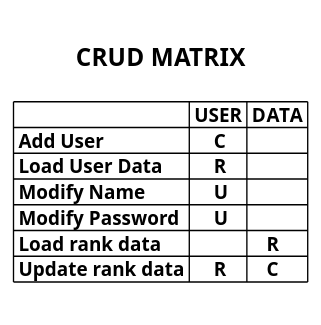
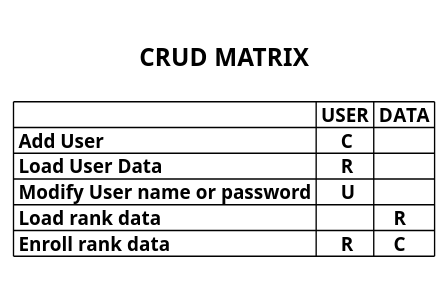
The diagram in documents/crud_matrix.puml (GC211MP/API), drawn with PlantUML before and after one commit. The commit also changed 3 other files, not shown here.

```diff
--- a/documents/crud_matrix.puml
+++ b/documents/crud_matrix.puml
@@ -1,21 +1,18 @@
 @startuml crud
 
 ' https://raw.githubusercontent.com/GC211MP/API/main/documents/crud_matrix.puml
 
 title
   
   =CRUD MATRIX
 
   |                   |= USER |= DATA |
-  |= Add User         |     C |       |
-  |= Load User Data   |     R |       |
-  |= Modify Name      |     U |       |
-  |= Modify Password  |     U |       |
-  |= Load rank data   |       |    R  |
-  |= Update rank data |     R |    C  |
+  |= Add User                     |     C |       |
+  |= Load User Data               |     R |       |
+  |= Modify User name or password |     U |       |
+  |= Load rank data               |       |    R  |
+  |= Enroll rank data             |     R |    C  |
   
 end title
 
-
-
 @enduml
```
